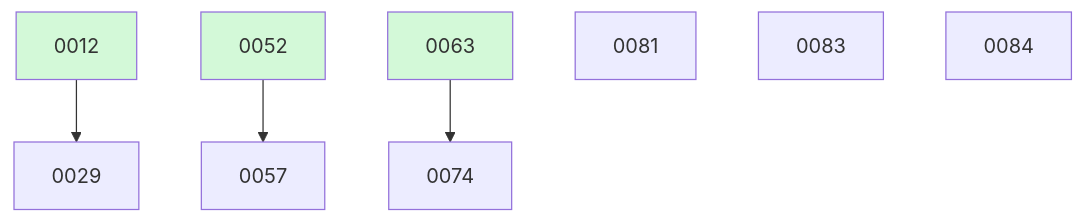
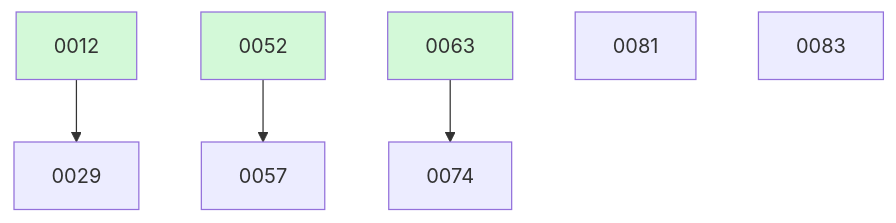
One commit to ethanhinson/fuse changed the diagram in docs/changes/BOARD.md. Above: the diagram before and after it, drawn with Mermaid. The commit also changed other lines of this file and 3 other files, not shown here.

````diff
--- a/docs/changes/BOARD.md
+++ b/docs/changes/BOARD.md
@@ -26,13 +25,12 @@
 ```mermaid
 graph TD
   0012 --> 0029
   0052 --> 0057
   0063 --> 0074
   0081
   0083
-  0084
   0012:::done
   0052:::done
   0063:::done
   classDef done fill:#d3f9d8;
 ```
````
